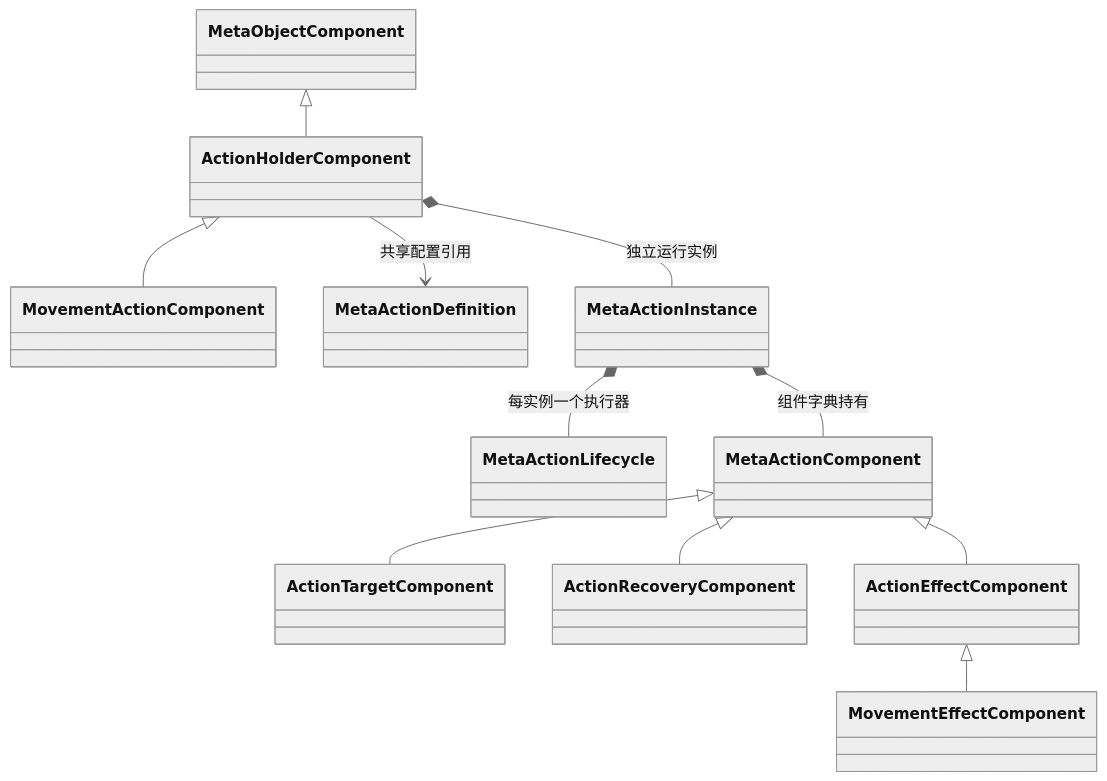
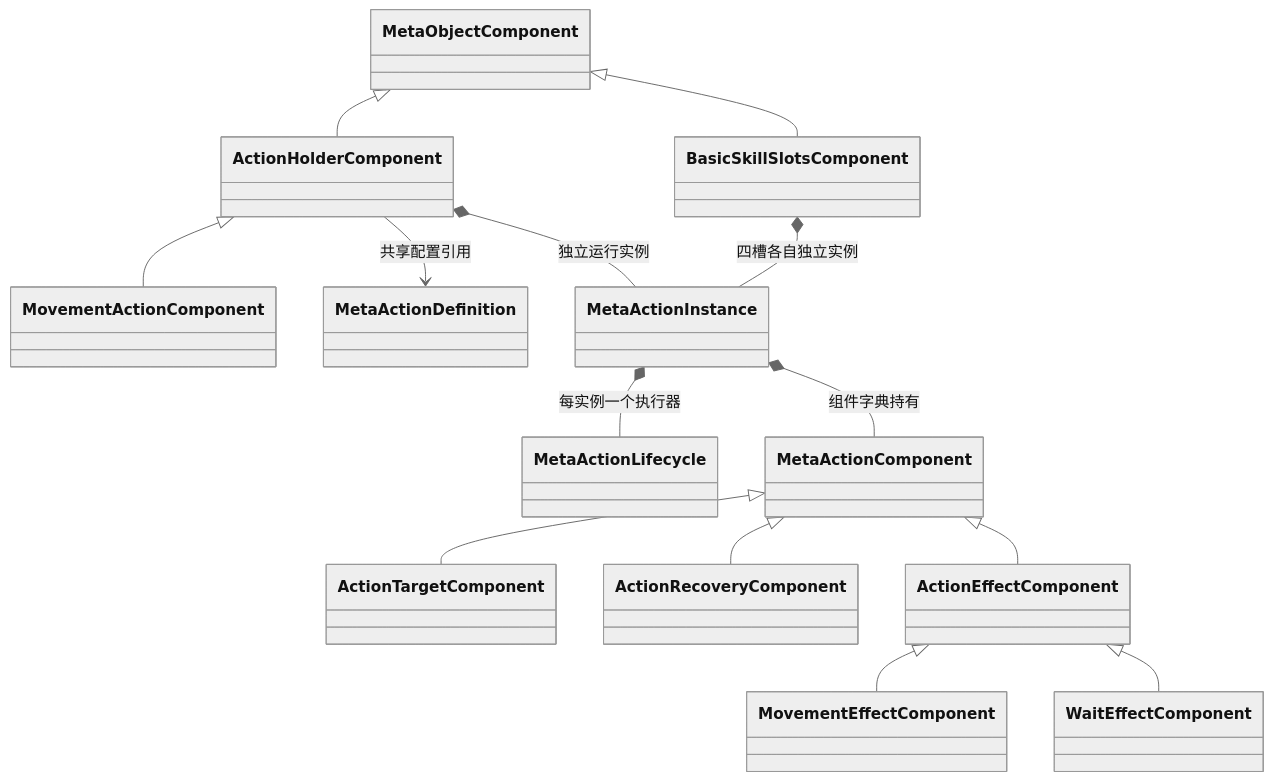
Before and after one commit to ObALive/this: the diagram in 代码说明文档/30_MetaAction派生类型与动作组件代码设计案.md, drawn with Mermaid (neutral theme). The commit also changed other lines of this file and 31 other files, not shown here.

````diff
--- a/代码说明文档/30_MetaAction派生类型与动作组件代码设计案.md
+++ b/代码说明文档/30_MetaAction派生类型与动作组件代码设计案.md
@@ -27,13 +27,16 @@
 ```mermaid
 classDiagram
   MetaObjectComponent <|-- ActionHolderComponent
+  MetaObjectComponent <|-- BasicSkillSlotsComponent
   ActionHolderComponent <|-- MovementActionComponent
   ActionHolderComponent --> MetaActionDefinition : 共享配置引用
   ActionHolderComponent *-- MetaActionInstance : 独立运行实例
+  BasicSkillSlotsComponent *-- MetaActionInstance : 四槽各自独立实例
   MetaActionInstance *-- MetaActionLifecycle : 每实例一个执行器
   MetaActionInstance *-- MetaActionComponent : 组件字典持有
   MetaActionComponent <|-- ActionTargetComponent
   MetaActionComponent <|-- ActionRecoveryComponent
   MetaActionComponent <|-- ActionEffectComponent
   ActionEffectComponent <|-- MovementEffectComponent
+  ActionEffectComponent <|-- WaitEffectComponent
 ```
````
